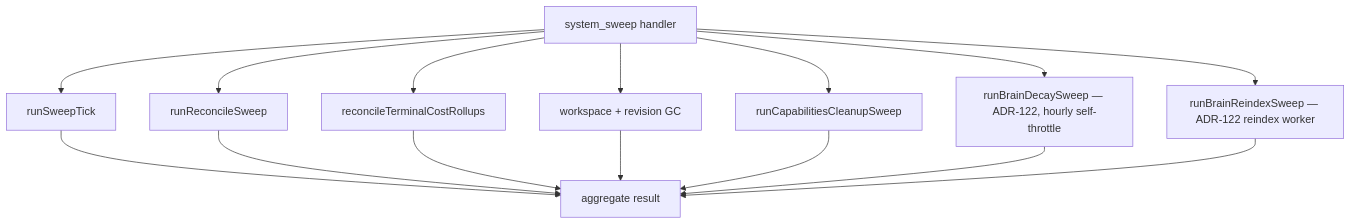
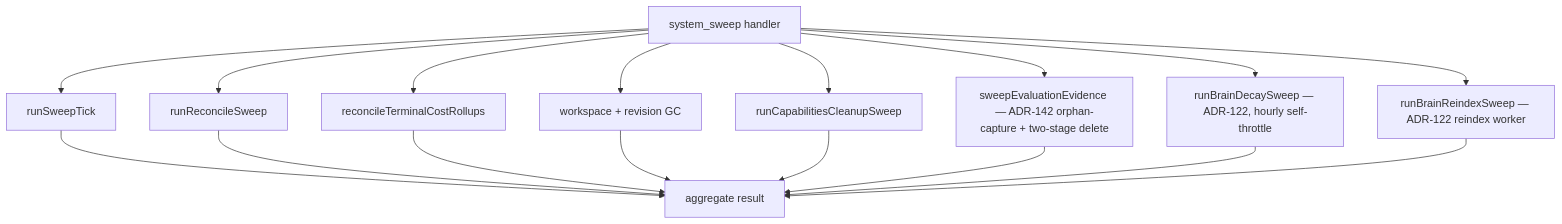
The fourth of 5 diagrams in docs/system-analytics/scheduler.md (maister-dev/maister), drawn with Mermaid before and after one commit. The commit also changed other lines of this file and 73 other files, not shown here.

````diff
--- a/docs/system-analytics/scheduler.md
+++ b/docs/system-analytics/scheduler.md
@@ -201,17 +239,19 @@
 ```mermaid
 flowchart TD
     Sweep[system_sweep handler] --> Keepalive[runSweepTick]
     Sweep --> Reconcile[runReconcileSweep]
     Sweep --> CostReconcile[reconcileTerminalCostRollups]
     Sweep --> Gc[workspace + revision GC]
     Sweep --> CapCleanup[runCapabilitiesCleanupSweep]
+    Sweep --> EvalEvidence[sweepEvaluationEvidence — ADR-142 orphan-capture + two-stage delete]
     Sweep --> BrainDecay[runBrainDecaySweep — ADR-122, hourly self-throttle]
     Sweep --> BrainReindex[runBrainReindexSweep — ADR-122 reindex worker]
     Keepalive --> Summary[aggregate result]
     Reconcile --> Summary
     CostReconcile --> Summary
     Gc --> Summary
     CapCleanup --> Summary
+    EvalEvidence --> Summary
     BrainDecay --> Summary
     BrainReindex --> Summary
 ```
````
